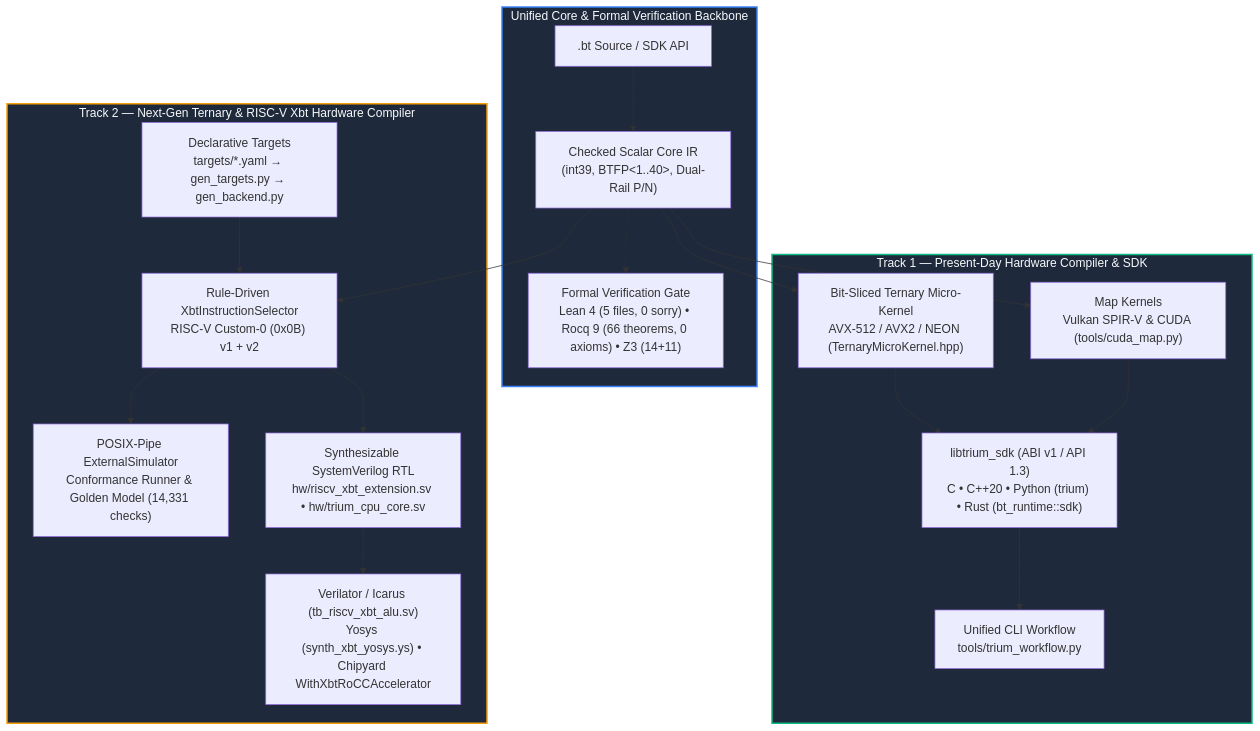
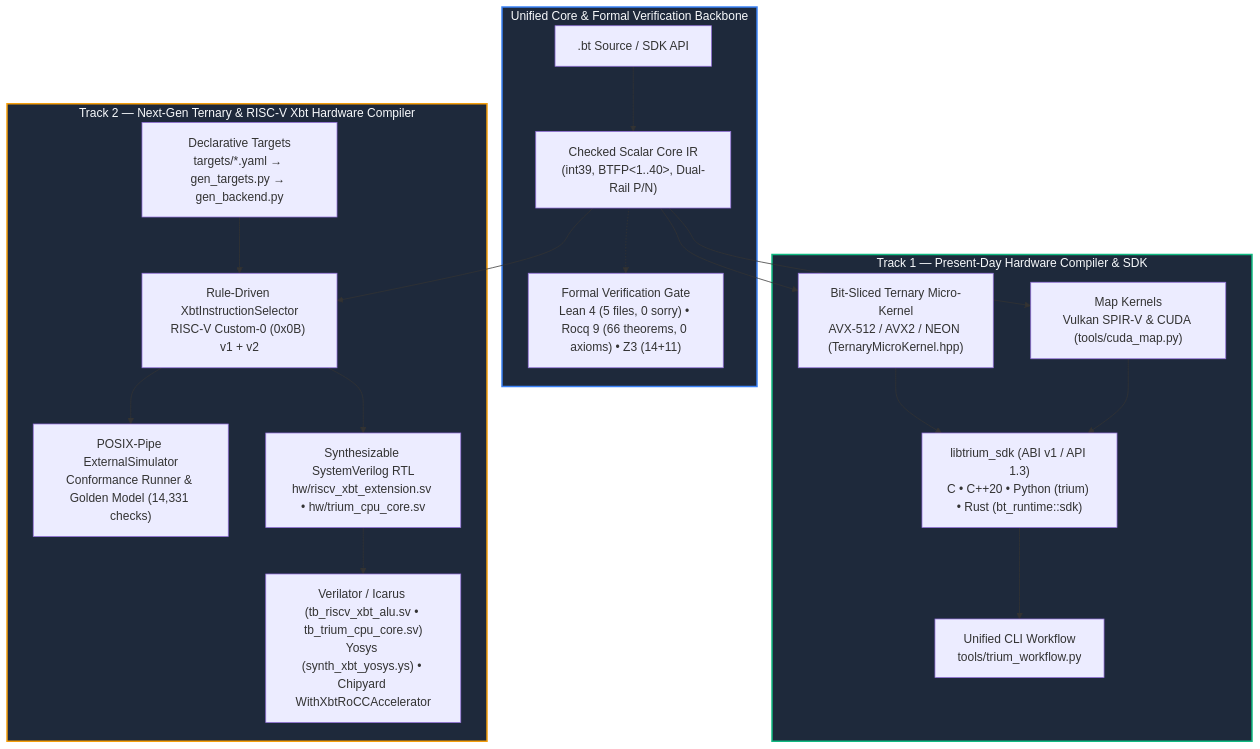
The diagram in README.md (Ojas-Arya-OPEN-FOUNDATION/Trium-XBT-compiler), drawn with Mermaid before and after one commit. The commit also changed other lines of this file and 15 other files, not shown here.

Commit message:
feat(hw,codegen): add RTL testbench for 5-stage CPU, synthesize CMOS-2 gates, and implement Call, runtime Mul, and stack spilling in XbtInstructionSelector

````diff
--- a/README.md
+++ b/README.md
@@ -38,27 +38,27 @@
 ```mermaid
 flowchart TD
     subgraph Shared ["Unified Core & Formal Verification Backbone"]
         SRC[".bt Source / SDK API"] --> IR["Checked Scalar Core IR\n(int39, BTFP<1..40>, Dual-Rail P/N)"]
         IR -.-> PROOFS["Formal Verification Gate\nLean 4 (5 files, 0 sorry) • Rocq 9 (66 theorems, 0 axioms) • Z3 (14+11)"]
     end
 
     subgraph Track1 ["Track 1 — Present-Day Hardware Compiler & SDK"]
         IR --> GEMM["Bit-Sliced Ternary Micro-Kernel\nAVX-512 / AVX2 / NEON (TernaryMicroKernel.hpp)"]
         IR --> GPU["Map Kernels\nVulkan SPIR-V & CUDA (tools/cuda_map.py)"]
         GEMM --> SDK["libtrium_sdk (ABI v1 / API 1.3)\nC • C++20 • Python (trium) • Rust (bt_runtime::sdk)"]
         GPU --> SDK
         SDK --> WF["Unified CLI Workflow\ntools/trium_workflow.py"]
     end
 
     subgraph Track2 ["Track 2 — Next-Gen Ternary & RISC-V Xbt Hardware Compiler"]
         YAML["Declarative Targets\ntargets/*.yaml → gen_targets.py → gen_backend.py"] --> ISEL["Rule-Driven XbtInstructionSelector\nRISC-V Custom-0 (0x0B) v1 + v2"]
         IR --> ISEL
         ISEL --> SIM["POSIX-Pipe ExternalSimulator\nConformance Runner & Golden Model (14,331 checks)"]
         ISEL --> RTL["Synthesizable SystemVerilog RTL\nhw/riscv_xbt_extension.sv • hw/trium_cpu_core.sv"]
-        RTL --> EDA["Verilator / Icarus (tb_riscv_xbt_alu.sv)\nYosys (synth_xbt_yosys.ys) • Chipyard WithXbtRoCCAccelerator"]
+        RTL --> EDA["Verilator / Icarus (tb_riscv_xbt_alu.sv • tb_trium_cpu_core.sv)\nYosys (synth_xbt_yosys.ys) • Chipyard WithXbtRoCCAccelerator"]
     end
 
     style Shared fill:#1e293b,stroke:#3b82f6,stroke-width:2px,color:#f8fafc
     style Track1 fill:#1e293b,stroke:#10b981,stroke-width:2px,color:#f8fafc
     style Track2 fill:#1e293b,stroke:#f59e0b,stroke-width:2px,color:#f8fafc
 ```
````
